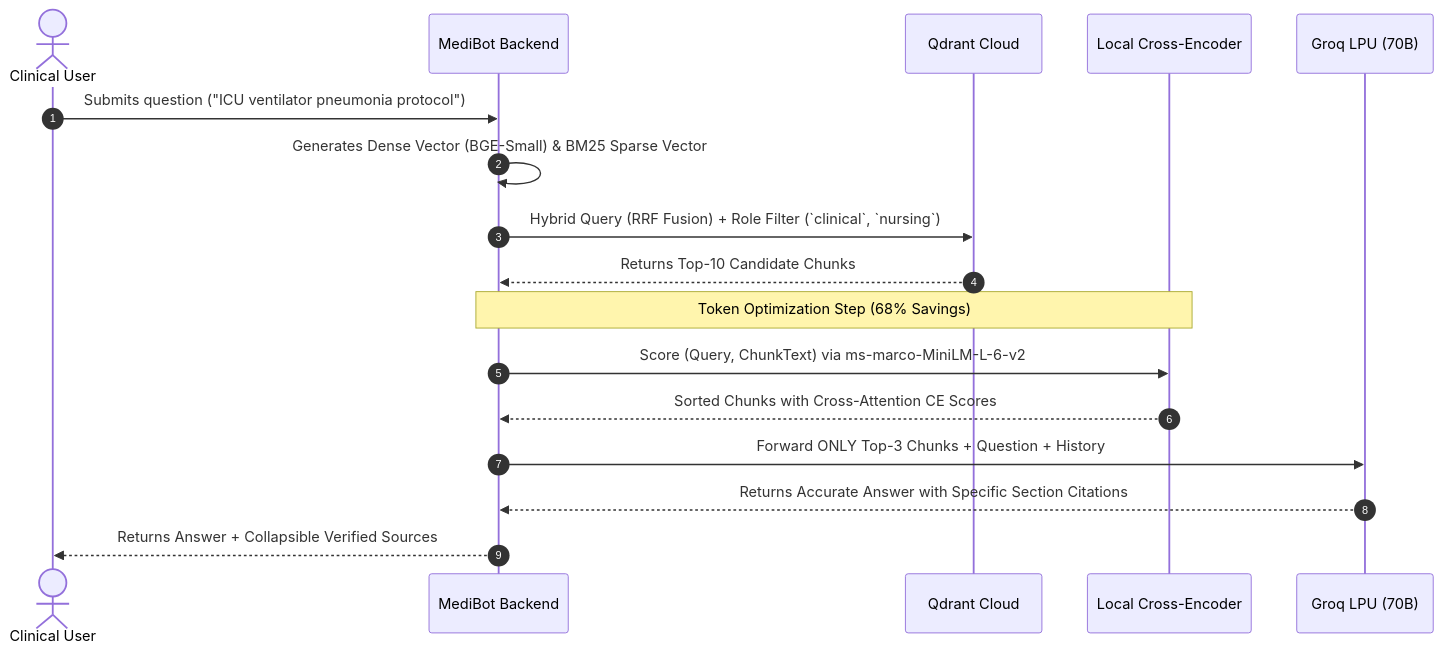
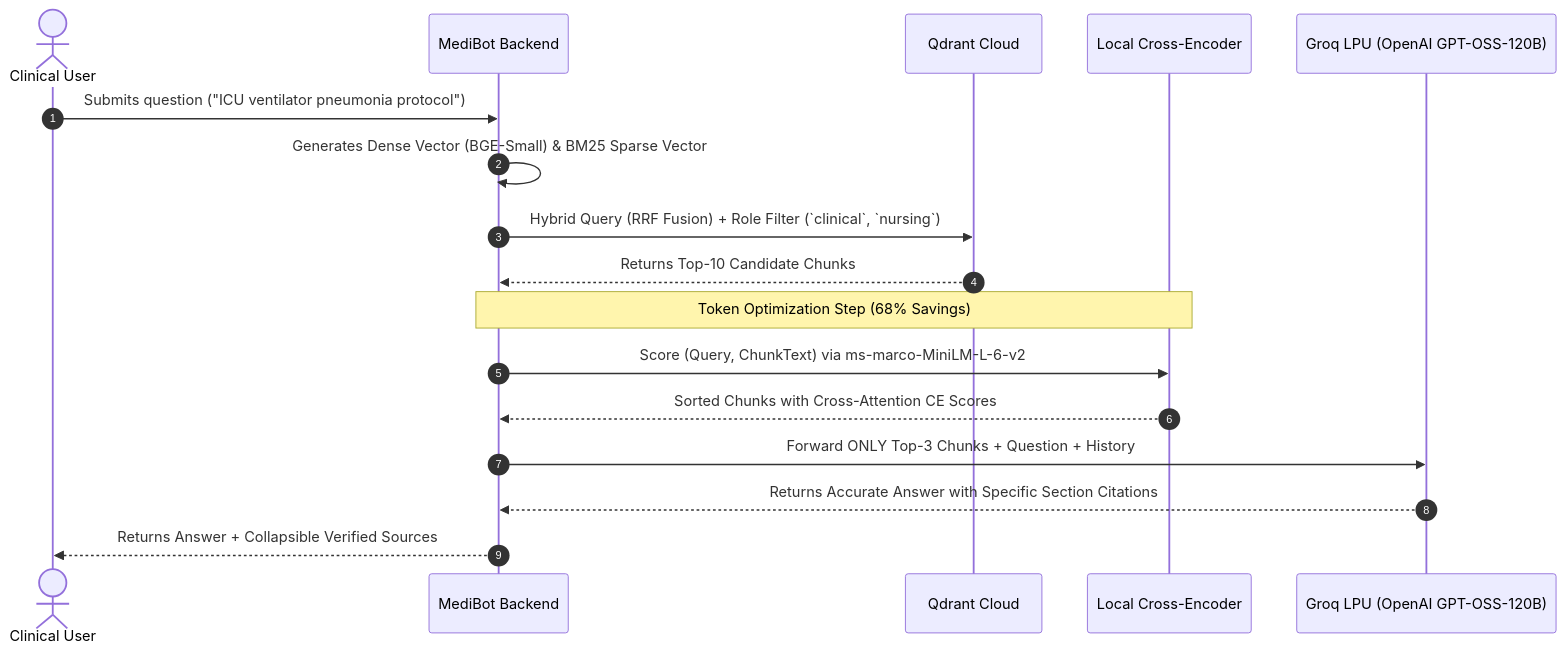
One commit to barbadikaramey-cloud/Mediboat changed the fifth of 7 diagrams in README.md. Above: the diagram before and after it, drawn with Mermaid. The commit also changed other lines of this file and 3 other files, not shown here.

Commit message:
docs: align model names across Mermaid diagrams, frontend UI, and docstrings with OpenAI GPT-OSS models

````diff
--- a/README.md
+++ b/README.md
@@ -261,20 +261,20 @@
 ```mermaid
 sequenceDiagram
     autonumber
     actor User as Clinical User
     participant App as MediBot Backend
     participant Qdrant as Qdrant Cloud
     participant CE as Local Cross-Encoder
-    participant Groq as Groq LPU (70B)
+    participant Groq as Groq LPU (OpenAI GPT-OSS-120B)
 
     User->>App: Submits question ("ICU ventilator pneumonia protocol")
     App->>App: Generates Dense Vector (BGE-Small) & BM25 Sparse Vector
     App->>Qdrant: Hybrid Query (RRF Fusion) + Role Filter (`clinical`, `nursing`)
     Qdrant-->>App: Returns Top-10 Candidate Chunks
     Note over App,CE: Token Optimization Step (68% Savings)
     App->>CE: Score (Query, ChunkText) via ms-marco-MiniLM-L-6-v2
     CE-->>App: Sorted Chunks with Cross-Attention CE Scores
     App->>Groq: Forward ONLY Top-3 Chunks + Question + History
     Groq-->>App: Returns Accurate Answer with Specific Section Citations
     App-->>User: Returns Answer + Collapsible Verified Sources
 ```
````
